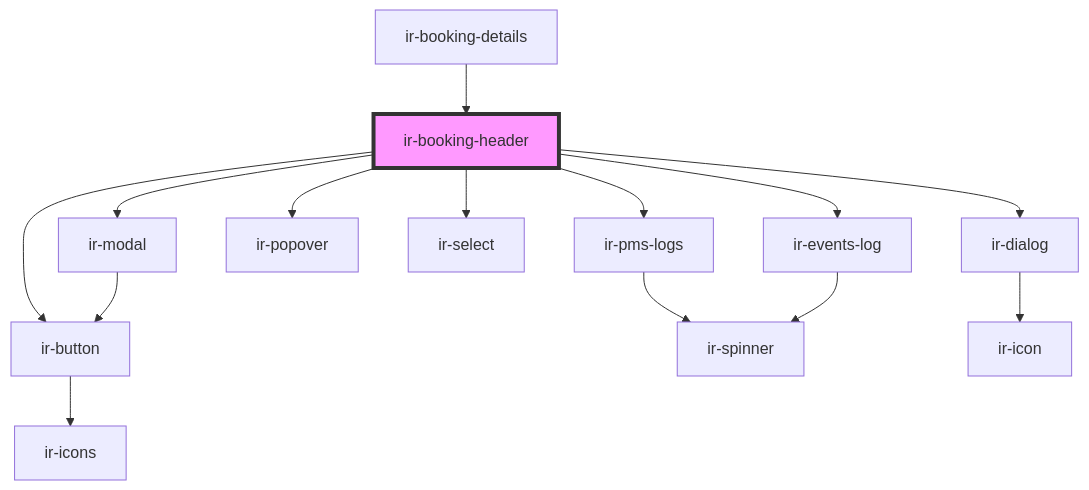
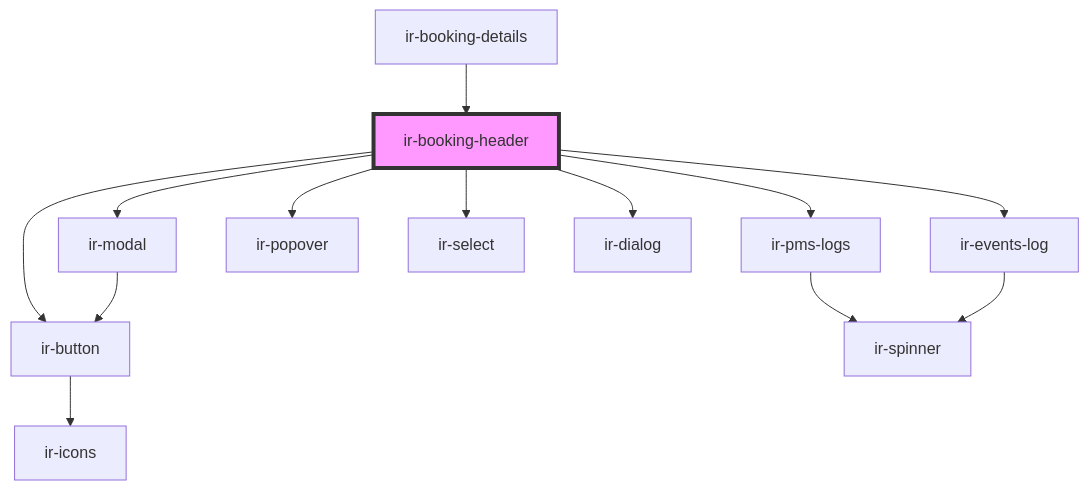
One commit to David1Chowaifaty/modified-ir-webcmp changed the diagram in src/components/ir-booking-details/ir-booking-header/readme.md. Above: the diagram before and after it, drawn with Mermaid. The commit also changed 50 other files, not shown here.

````diff
--- a/src/components/ir-booking-details/ir-booking-header/readme.md
+++ b/src/components/ir-booking-details/ir-booking-header/readme.md
@@ -48,17 +48,16 @@
 ```mermaid
 graph TD;
   ir-booking-header --> ir-pms-logs
   ir-booking-header --> ir-events-log
   ir-booking-header --> ir-popover
   ir-booking-header --> ir-select
   ir-booking-header --> ir-button
   ir-booking-header --> ir-dialog
   ir-booking-header --> ir-modal
   ir-pms-logs --> ir-spinner
   ir-events-log --> ir-spinner
   ir-button --> ir-icons
-  ir-dialog --> ir-icon
   ir-modal --> ir-button
   ir-booking-details --> ir-booking-header
   style ir-booking-header fill:#f9f,stroke:#333,stroke-width:4px
 ```
````
